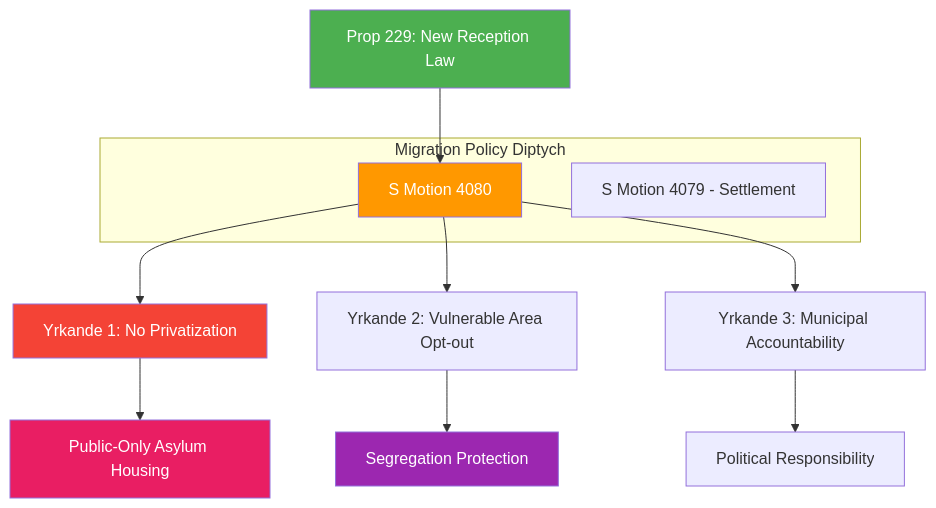
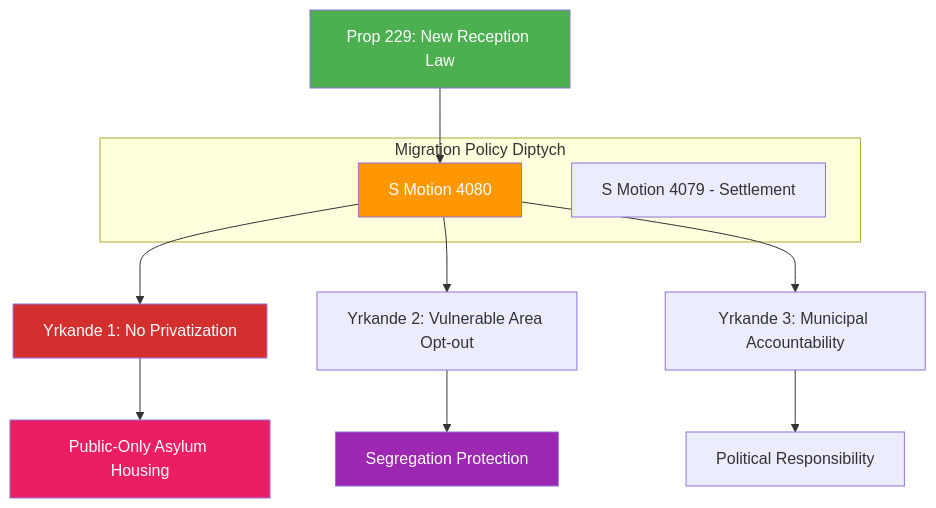
The diagram in analysis/daily/2026-04-15/realtime-1029/documents/hd024080-analysis.md (Hack23/riksdagsmonitor), drawn with Mermaid before and after one commit. The commit also changed 785 other files, not shown here.

First line of the commit message:
Normalize mermaid colors across 786 analysis artifacts to ISMS Style Guide palette

````diff
--- a/analysis/daily/2026-04-15/realtime-1029/documents/hd024080-analysis.md
+++ b/analysis/daily/2026-04-15/realtime-1029/documents/hd024080-analysis.md
@@ -43,22 +43,22 @@
 ```mermaid
 graph TD
     A["Prop 229: New Reception Law"] --> B["S Motion 4080"]
     B --> C["Yrkande 1: No Privatization"]
     B --> D["Yrkande 2: Vulnerable Area Opt-out"]
     B --> E["Yrkande 3: Municipal Accountability"]
     
     C --> F["Public-Only Asylum Housing"]
     D --> G["Segregation Protection"]
     E --> H["Political Responsibility"]
     
     subgraph "Migration Policy Diptych"
         B
         I["S Motion 4079 - Settlement"]
     end
     
-    style A fill:#4CAF50,color:#fff
-    style B fill:#FF9800,color:#fff
-    style C fill:#f44336,color:#fff
-    style F fill:#E91E63,color:#fff
-    style G fill:#9C27B0,color:#fff
+    style A fill:#4CAF50,color:#FFFFFF
+    style B fill:#FF9800,color:#FFFFFF
+    style C fill:#D32F2F,color:#FFFFFF
+    style F fill:#E91E63,color:#FFFFFF
+    style G fill:#9C27B0,color:#FFFFFF
 ```
````
